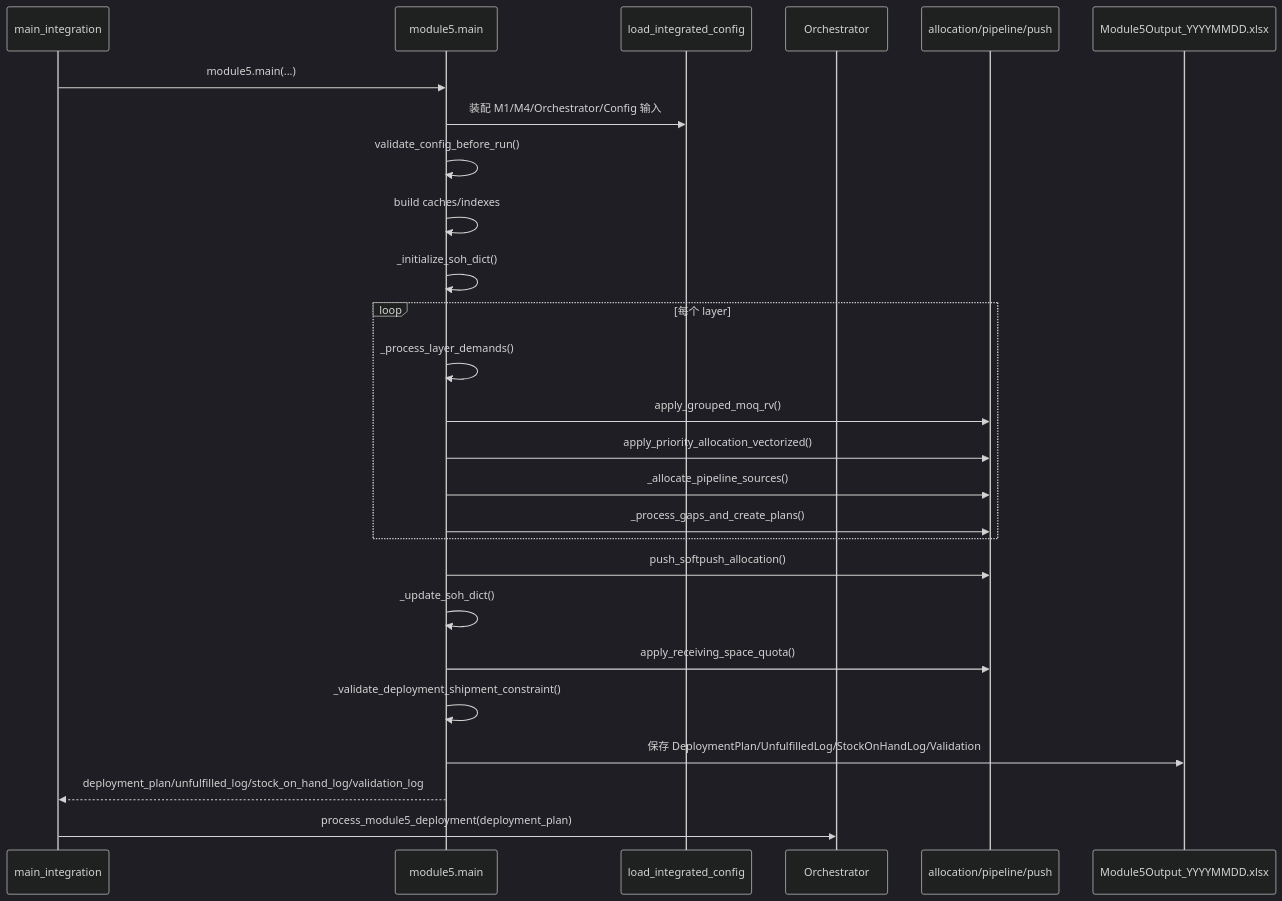
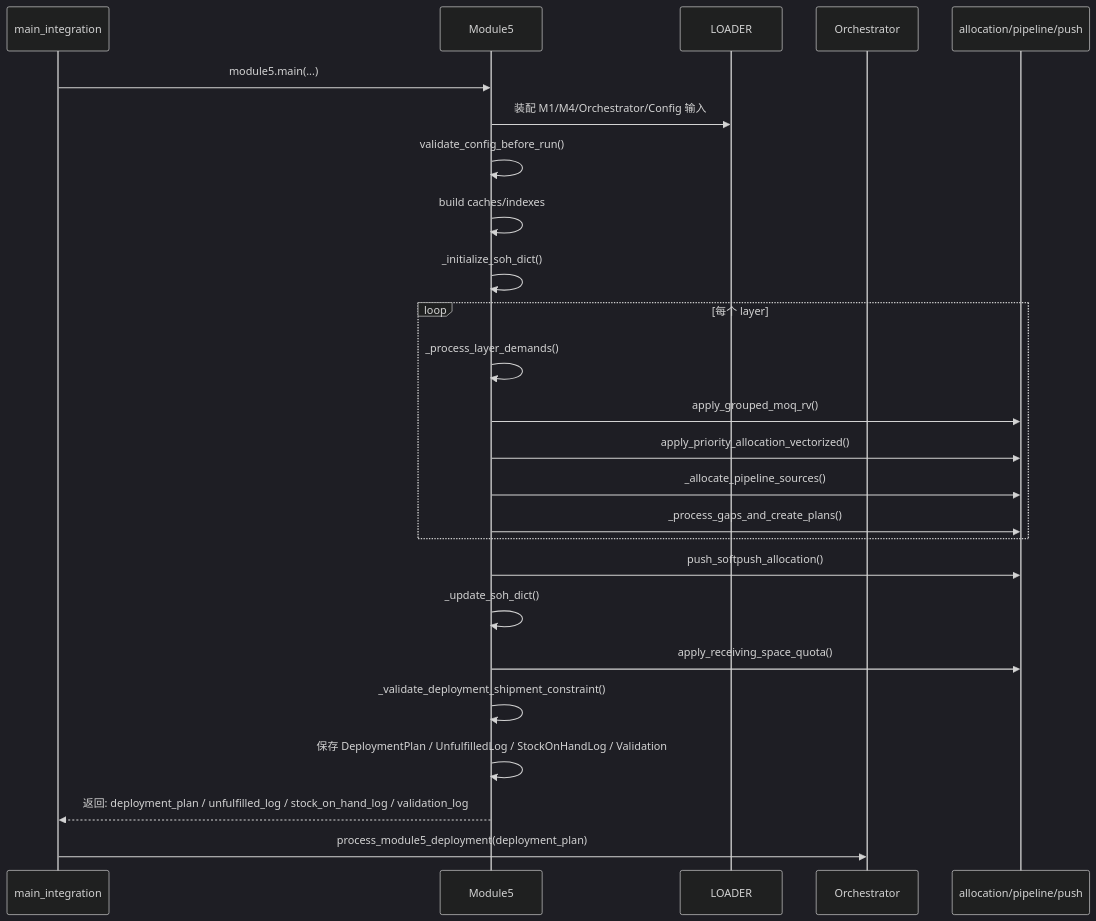
One commit to senzhang-ps/chainsight changed the fifth of 9 diagrams in docs/交接文档/Refactored/模块级时序图文档.md. Above: the diagram before and after it, drawn with Mermaid (dark theme). The commit also changed other lines of this file, not shown here.

Commit message:
docs: 统一时序图格式 — 将M3/日末/DB模式的ASCII文本框转为Mermaid sequenceDiagram

````diff
--- a/docs/交接文档/Refactored/模块级时序图文档.md
+++ b/docs/交接文档/Refactored/模块级时序图文档.md
@@ -204,31 +204,30 @@
 ```mermaid
 sequenceDiagram
     participant MAIN as main_integration
-    participant M5 as module5.main
-    participant LOADER as load_integrated_config
+    participant M5 as Module5
+    participant LOADER as LOADER
     participant ORC as Orchestrator
     participant ALLOC as allocation/pipeline/push
-    participant XLSX as Module5Output_YYYYMMDD.xlsx
 
     MAIN->>M5: module5.main(...)
     M5->>LOADER: 装配 M1/M4/Orchestrator/Config 输入
     M5->>M5: validate_config_before_run()
     M5->>M5: build caches/indexes
     M5->>M5: _initialize_soh_dict()
 
     loop 每个 layer
         M5->>M5: _process_layer_demands()
         M5->>ALLOC: apply_grouped_moq_rv()
         M5->>ALLOC: apply_priority_allocation_vectorized()
         M5->>ALLOC: _allocate_pipeline_sources()
         M5->>ALLOC: _process_gaps_and_create_plans()
     end
 
     M5->>ALLOC: push_softpush_allocation()
     M5->>M5: _update_soh_dict()
     M5->>ALLOC: apply_receiving_space_quota()
     M5->>M5: _validate_deployment_shipment_constraint()
-    M5->>XLSX: 保存 DeploymentPlan/UnfulfilledLog/StockOnHandLog/Validation
-    M5-->>MAIN: deployment_plan/unfulfilled_log/stock_on_hand_log/validation_log
+    M5->>M5: 保存 DeploymentPlan / UnfulfilledLog / StockOnHandLog / Validation
+    M5-->>MAIN: 返回: deployment_plan / unfulfilled_log / stock_on_hand_log / validation_log
     MAIN->>ORC: process_module5_deployment(deployment_plan)
 ```
````
